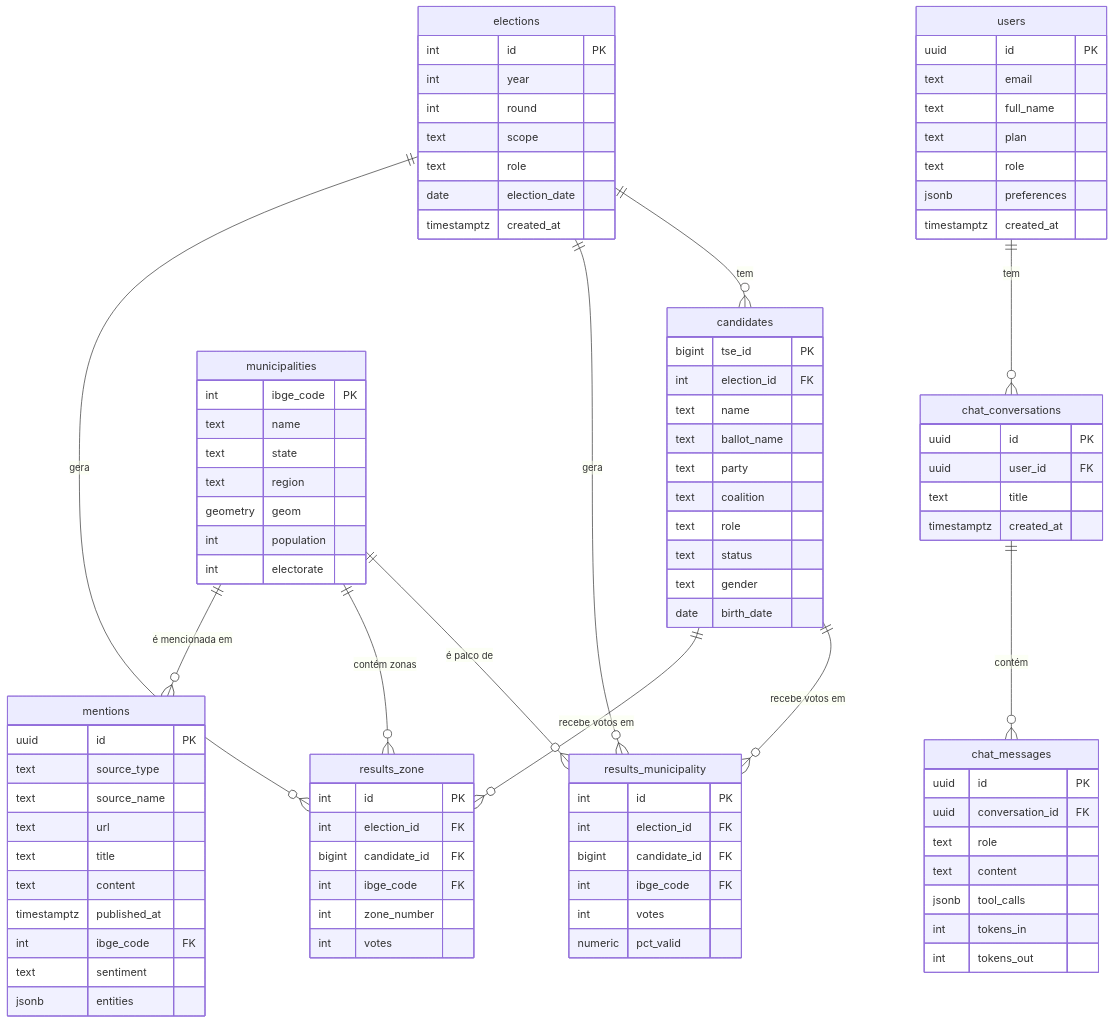
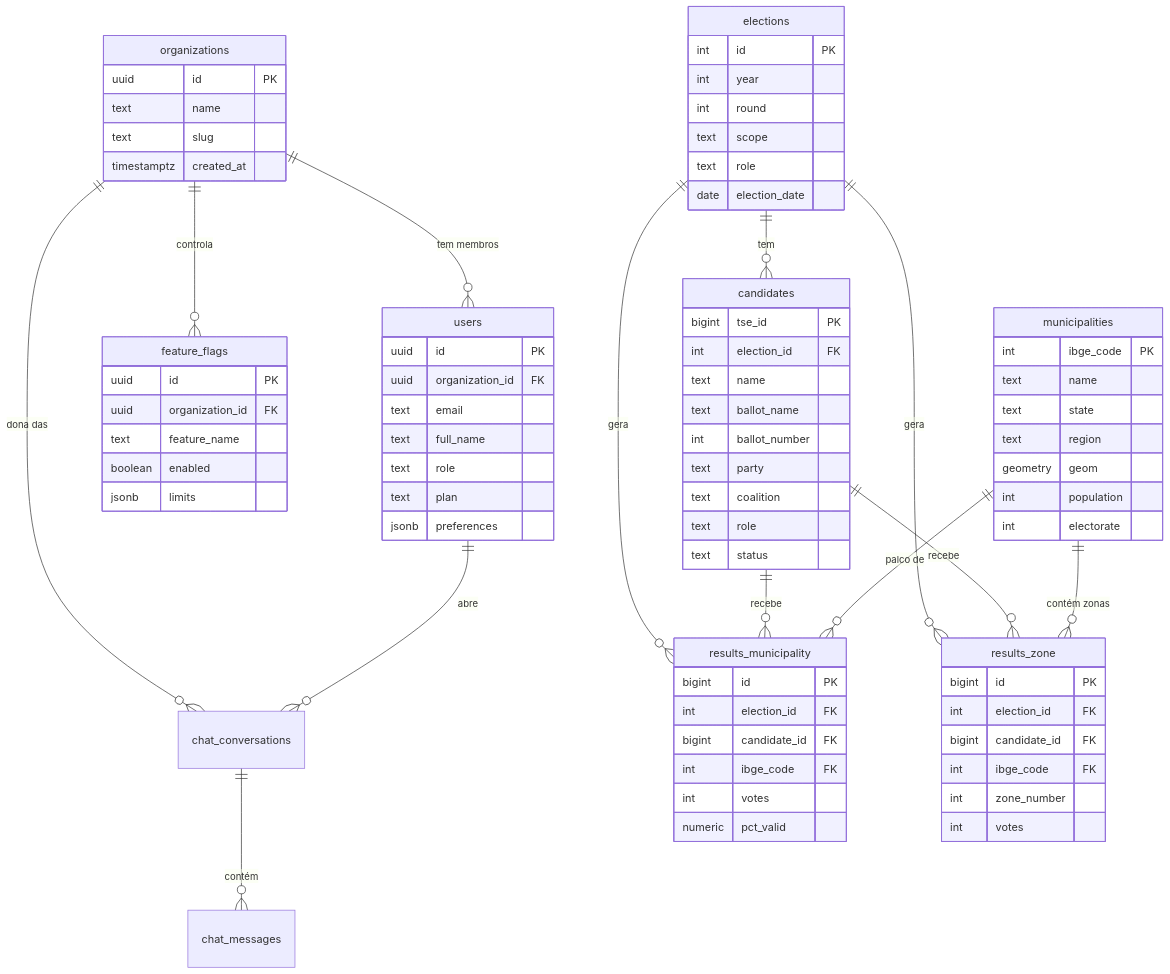
Before and after one commit to tiagojosestaciaki/Eleito.ai: the diagram in DATA_MODEL.md, drawn with Mermaid. The commit also changed other lines of this file and 43 other files, not shown here.

````diff
--- a/DATA_MODEL.md
+++ b/DATA_MODEL.md
@@ -16,15 +19,43 @@
 ```mermaid
 erDiagram
+    organizations ||--o{ users : "tem membros"
+    organizations ||--o{ feature_flags : "controla"
+    organizations ||--o{ chat_conversations : "dona das"
+
     elections ||--o{ candidates : "tem"
     elections ||--o{ results_municipality : "gera"
     elections ||--o{ results_zone : "gera"
-    candidates ||--o{ results_municipality : "recebe votos em"
-    candidates ||--o{ results_zone : "recebe votos em"
-    municipalities ||--o{ results_municipality : "é palco de"
+    candidates ||--o{ results_municipality : "recebe"
+    candidates ||--o{ results_zone : "recebe"
+    municipalities ||--o{ results_municipality : "palco de"
     municipalities ||--o{ results_zone : "contém zonas"
-    municipalities ||--o{ mentions : "é mencionada em"
-    users ||--o{ chat_conversations : "tem"
+    users ||--o{ chat_conversations : "abre"
     chat_conversations ||--o{ chat_messages : "contém"
+
+    organizations {
+        uuid id PK
+        text name
+        text slug
+        timestamptz created_at
+    }
+
+    users {
+        uuid id PK
+        uuid organization_id FK
+        text email
+        text full_name
+        text role
+        text plan
+        jsonb preferences
+    }
+
+    feature_flags {
+        uuid id PK
+        uuid organization_id FK
+        text feature_name
+        boolean enabled
+        jsonb limits
+    }
 
     elections {
         int id PK
@@ -33,7 +64,6 @@
         text scope
         text role
         date election_date
-        timestamptz created_at
     }
 
     candidates {
@@ -41,12 +71,11 @@
         int election_id FK
         text name
         text ballot_name
+        int ballot_number
         text party
         text coalition
         text role
         text status
-        text gender
-        date birth_date
     }
 
     municipalities {
@@ -60,7 +89,7 @@
     }
 
     results_municipality {
-        int id PK
+        bigint id PK
         int election_id FK
         bigint candidate_id FK
         int ibge_code FK
@@ -69,51 +98,11 @@
     }
 
     results_zone {
-        int id PK
+        bigint id PK
         int election_id FK
         bigint candidate_id FK
         int ibge_code FK
         int zone_number
         int votes
     }
-
-    mentions {
-        uuid id PK
-        text source_type
-        text source_name
-        text url
-        text title
-        text content
-        timestamptz published_at
-        int ibge_code FK
-        text sentiment
-        jsonb entities
-    }
-
-    users {
-        uuid id PK
-        text email
-        text full_name
-        text plan
-        text role
-        jsonb preferences
-        timestamptz created_at
-    }
-
-    chat_conversations {
-        uuid id PK
-        uuid user_id FK
-        text title
-        timestamptz created_at
-    }
-
-    chat_messages {
-        uuid id PK
-        uuid conversation_id FK
-        text role
-        text content
-        jsonb tool_calls
-        int tokens_in
-        int tokens_out
-    }
 ```
````
